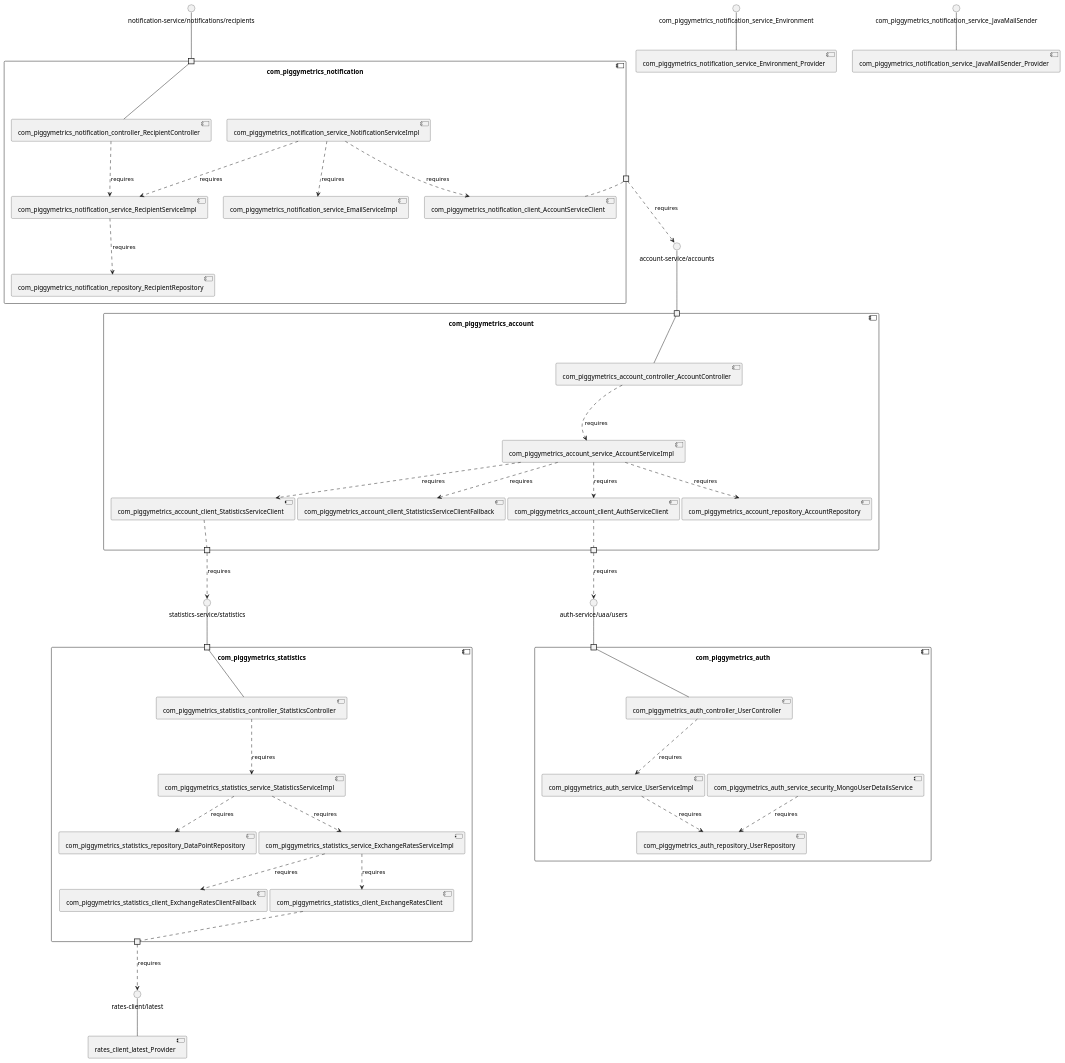
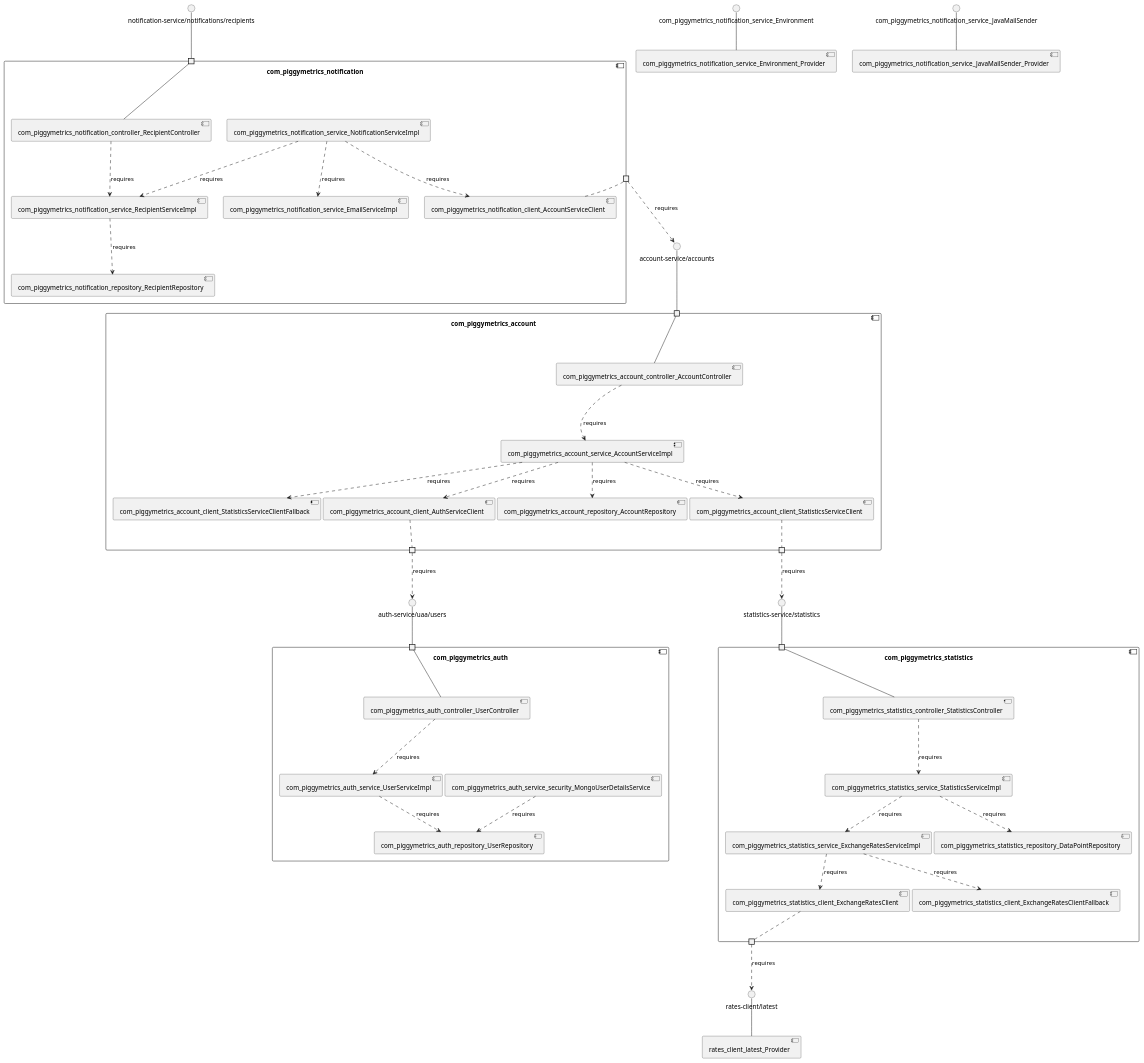
Before and after one commit to MSt-10/Palladio-ReverseEngineering-Benchmark: the diagram in sqshq-piggymetrics/model_re/uml/componentDiagram.puml, drawn with PlantUML. The commit also changed other lines of this file and 288 other files, not shown here.

```diff
--- a/sqshq-piggymetrics/model_re/uml/componentDiagram.puml
+++ b/sqshq-piggymetrics/model_re/uml/componentDiagram.puml
@@ -1,91 +1,91 @@
 @startuml
 skinparam fixCircleLabelOverlapping true
 skinparam componentStyle uml2
 component "com_piggymetrics_account\n\n\n\n\n\n" {
+[com_piggymetrics_account_client_AuthServiceClient]
 [com_piggymetrics_account_repository_AccountRepository]
 [com_piggymetrics_account_controller_AccountController]
-[com_piggymetrics_account_client_AuthServiceClient]
+[com_piggymetrics_account_client_StatisticsServiceClient]
+[com_piggymetrics_account_service_AccountServiceImpl]
 [com_piggymetrics_account_client_StatisticsServiceClientFallback]
-[com_piggymetrics_account_service_AccountServiceImpl]
-[com_piggymetrics_account_client_StatisticsServiceClient]
 portin " " as com_piggymetrics_account_requires_account_service_accounts
+portout " " as com_piggymetrics_account_provides_auth_service_uaa_users
 portout " " as com_piggymetrics_account_provides_statistics_service_statistics
-portout " " as com_piggymetrics_account_provides_auth_service_uaa_users
+[com_piggymetrics_account_service_AccountServiceImpl]..>[com_piggymetrics_account_client_StatisticsServiceClientFallback] : requires
 [com_piggymetrics_account_service_AccountServiceImpl]..>[com_piggymetrics_account_client_StatisticsServiceClient] : requires
+[com_piggymetrics_account_controller_AccountController]..>[com_piggymetrics_account_service_AccountServiceImpl] : requires
+[com_piggymetrics_account_service_AccountServiceImpl]..>[com_piggymetrics_account_repository_AccountRepository] : requires
 [com_piggymetrics_account_service_AccountServiceImpl]..>[com_piggymetrics_account_client_AuthServiceClient] : requires
-[com_piggymetrics_account_service_AccountServiceImpl]..>[com_piggymetrics_account_repository_AccountRepository] : requires
-[com_piggymetrics_account_controller_AccountController]..>[com_piggymetrics_account_service_AccountServiceImpl] : requires
-[com_piggymetrics_account_service_AccountServiceImpl]..>[com_piggymetrics_account_client_StatisticsServiceClientFallback] : requires
 "com_piggymetrics_account_requires_account_service_accounts"--[com_piggymetrics_account_controller_AccountController]
 [com_piggymetrics_account_client_AuthServiceClient].."com_piggymetrics_account_provides_auth_service_uaa_users"
 [com_piggymetrics_account_client_StatisticsServiceClient].."com_piggymetrics_account_provides_statistics_service_statistics"
 }
 interface "account-service/accounts" as interface.account_service_accounts
 interface.account_service_accounts--"com_piggymetrics_account_requires_account_service_accounts"
 interface "auth-service/uaa/users" as interface.auth_service_uaa_users
 "com_piggymetrics_account_provides_auth_service_uaa_users"..>interface.auth_service_uaa_users : requires
 interface "statistics-service/statistics" as interface.statistics_service_statistics
 "com_piggymetrics_account_provides_statistics_service_statistics"..>interface.statistics_service_statistics : requires
 component "com_piggymetrics_auth\n\n\n\n\n\n" {
-[com_piggymetrics_auth_repository_UserRepository]
 [com_piggymetrics_auth_controller_UserController]
 [com_piggymetrics_auth_service_security_MongoUserDetailsService]
 [com_piggymetrics_auth_service_UserServiceImpl]
+[com_piggymetrics_auth_repository_UserRepository]
 portin " " as com_piggymetrics_auth_requires_auth_service_uaa_users
+[com_piggymetrics_auth_service_security_MongoUserDetailsService]..>[com_piggymetrics_auth_repository_UserRepository] : requires
 [com_piggymetrics_auth_controller_UserController]..>[com_piggymetrics_auth_service_UserServiceImpl] : requires
-[com_piggymetrics_auth_service_security_MongoUserDetailsService]..>[com_piggymetrics_auth_repository_UserRepository] : requires
 [com_piggymetrics_auth_service_UserServiceImpl]..>[com_piggymetrics_auth_repository_UserRepository] : requires
 "com_piggymetrics_auth_requires_auth_service_uaa_users"--[com_piggymetrics_auth_controller_UserController]
 }
 interface "auth-service/uaa/users" as interface.auth_service_uaa_users
 interface.auth_service_uaa_users--"com_piggymetrics_auth_requires_auth_service_uaa_users"
 component "com_piggymetrics_notification\n\n\n\n\n\n" {
+[com_piggymetrics_notification_service_NotificationServiceImpl]
+[com_piggymetrics_notification_controller_RecipientController]
+[com_piggymetrics_notification_service_RecipientServiceImpl]
+[com_piggymetrics_notification_client_AccountServiceClient]
+[com_piggymetrics_notification_repository_RecipientRepository]
 [com_piggymetrics_notification_service_EmailServiceImpl]
-[com_piggymetrics_notification_repository_RecipientRepository]
-[com_piggymetrics_notification_controller_RecipientController]
-[com_piggymetrics_notification_service_NotificationServiceImpl]
-[com_piggymetrics_notification_client_AccountServiceClient]
-[com_piggymetrics_notification_service_RecipientServiceImpl]
 portin " " as com_piggymetrics_notification_requires_notification_service_notifications_recipients
 portout " " as com_piggymetrics_notification_provides_account_service_accounts
+[com_piggymetrics_notification_service_RecipientServiceImpl]..>[com_piggymetrics_notification_repository_RecipientRepository] : requires
+[com_piggymetrics_notification_service_NotificationServiceImpl]..>[com_piggymetrics_notification_client_AccountServiceClient] : requires
+[com_piggymetrics_notification_controller_RecipientController]..>[com_piggymetrics_notification_service_RecipientServiceImpl] : requires
+[com_piggymetrics_notification_service_NotificationServiceImpl]..>[com_piggymetrics_notification_service_RecipientServiceImpl] : requires
 [com_piggymetrics_notification_service_NotificationServiceImpl]..>[com_piggymetrics_notification_service_EmailServiceImpl] : requires
-[com_piggymetrics_notification_service_RecipientServiceImpl]..>[com_piggymetrics_notification_repository_RecipientRepository] : requires
-[com_piggymetrics_notification_controller_RecipientController]..>[com_piggymetrics_notification_service_RecipientServiceImpl] : requires
-[com_piggymetrics_notification_service_NotificationServiceImpl]..>[com_piggymetrics_notification_client_AccountServiceClient] : requires
-[com_piggymetrics_notification_service_NotificationServiceImpl]..>[com_piggymetrics_notification_service_RecipientServiceImpl] : requires
 "com_piggymetrics_notification_requires_notification_service_notifications_recipients"--[com_piggymetrics_notification_controller_RecipientController]
 [com_piggymetrics_notification_client_AccountServiceClient].."com_piggymetrics_notification_provides_account_service_accounts"
 }
 interface "notification-service/notifications/recipients" as interface.notification_service_notifications_recipients
 interface.notification_service_notifications_recipients--"com_piggymetrics_notification_requires_notification_service_notifications_recipients"
 interface "account-service/accounts" as interface.account_service_accounts
 "com_piggymetrics_notification_provides_account_service_accounts"..>interface.account_service_accounts : requires
 component "com_piggymetrics_statistics\n\n\n\n\n\n" {
+[com_piggymetrics_statistics_repository_DataPointRepository]
+[com_piggymetrics_statistics_service_StatisticsServiceImpl]
+[com_piggymetrics_statistics_controller_StatisticsController]
+[com_piggymetrics_statistics_client_ExchangeRatesClientFallback]
+[com_piggymetrics_statistics_client_ExchangeRatesClient]
 [com_piggymetrics_statistics_service_ExchangeRatesServiceImpl]
-[com_piggymetrics_statistics_client_ExchangeRatesClient]
-[com_piggymetrics_statistics_controller_StatisticsController]
-[com_piggymetrics_statistics_repository_DataPointRepository]
-[com_piggymetrics_statistics_client_ExchangeRatesClientFallback]
-[com_piggymetrics_statistics_service_StatisticsServiceImpl]
 portin " " as com_piggymetrics_statistics_requires_statistics_service_statistics
 portout " " as com_piggymetrics_statistics_provides_rates_client_latest
+[com_piggymetrics_statistics_service_ExchangeRatesServiceImpl]..>[com_piggymetrics_statistics_client_ExchangeRatesClientFallback] : requires
+[com_piggymetrics_statistics_service_StatisticsServiceImpl]..>[com_piggymetrics_statistics_repository_DataPointRepository] : requires
 [com_piggymetrics_statistics_service_StatisticsServiceImpl]..>[com_piggymetrics_statistics_service_ExchangeRatesServiceImpl] : requires
-[com_piggymetrics_statistics_service_ExchangeRatesServiceImpl]..>[com_piggymetrics_statistics_client_ExchangeRatesClientFallback] : requires
 [com_piggymetrics_statistics_service_ExchangeRatesServiceImpl]..>[com_piggymetrics_statistics_client_ExchangeRatesClient] : requires
 [com_piggymetrics_statistics_controller_StatisticsController]..>[com_piggymetrics_statistics_service_StatisticsServiceImpl] : requires
-[com_piggymetrics_statistics_service_StatisticsServiceImpl]..>[com_piggymetrics_statistics_repository_DataPointRepository] : requires
 "com_piggymetrics_statistics_requires_statistics_service_statistics"--[com_piggymetrics_statistics_controller_StatisticsController]
 [com_piggymetrics_statistics_client_ExchangeRatesClient].."com_piggymetrics_statistics_provides_rates_client_latest"
 }
 interface "statistics-service/statistics" as interface.statistics_service_statistics
 interface.statistics_service_statistics--"com_piggymetrics_statistics_requires_statistics_service_statistics"
 interface "rates-client/latest" as interface.rates_client_latest
 "com_piggymetrics_statistics_provides_rates_client_latest"..>interface.rates_client_latest : requires
 interface "com_piggymetrics_notification_service_Environment" as interface.com_piggymetrics_notification_service_Environment
 interface.com_piggymetrics_notification_service_Environment--[com_piggymetrics_notification_service_Environment_Provider]
 interface "com_piggymetrics_notification_service_JavaMailSender" as interface.com_piggymetrics_notification_service_JavaMailSender
 interface.com_piggymetrics_notification_service_JavaMailSender--[com_piggymetrics_notification_service_JavaMailSender_Provider]
 interface "rates-client/latest" as interface.rates_client_latest
 interface.rates_client_latest--[rates_client_latest_Provider]
 
 @enduml
```
